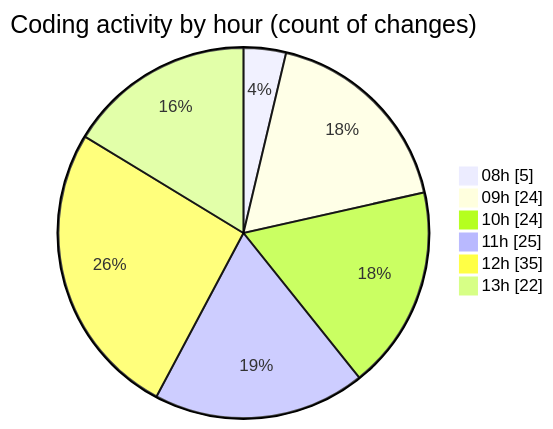
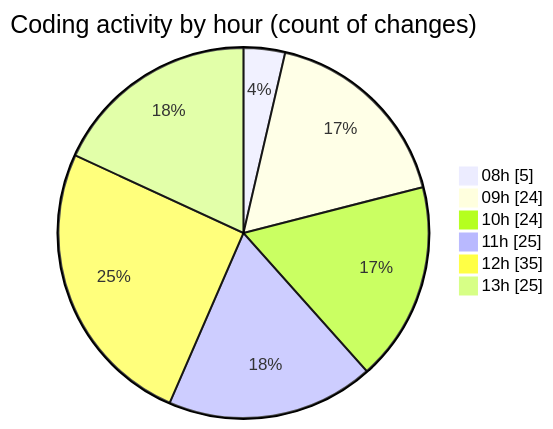
Before and after one commit to momahboobian/code-tracking: the second of 2 diagrams in 2025-11-24/cda/README.md, drawn with Mermaid. The commit also changed other lines of this file and 1 other file, not shown here.

````diff
--- a/2025-11-24/cda/README.md
+++ b/2025-11-24/cda/README.md
@@ -41,10 +41,10 @@
 ```mermaid
 pie showData
 title Coding activity by hour (count of changes)
 "08h" : 5
 "09h" : 24
 "10h" : 24
 "11h" : 25
 "12h" : 35
-"13h" : 22
+"13h" : 25
 ```
````
